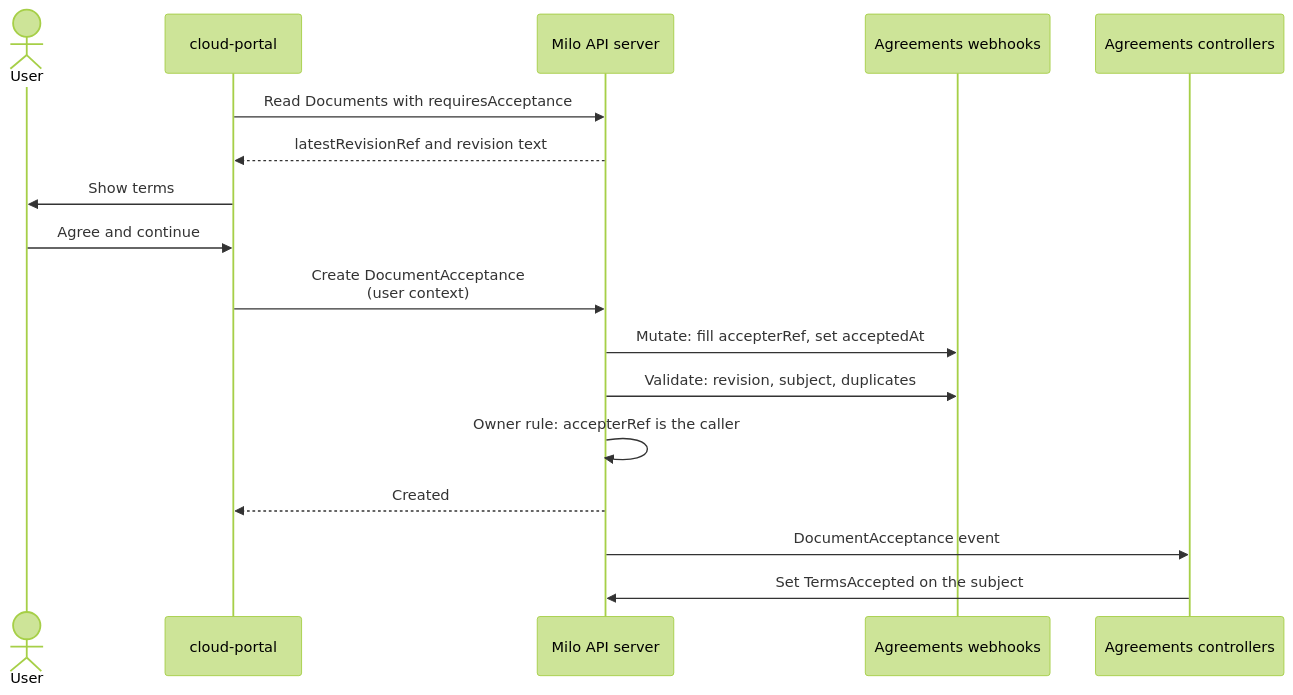
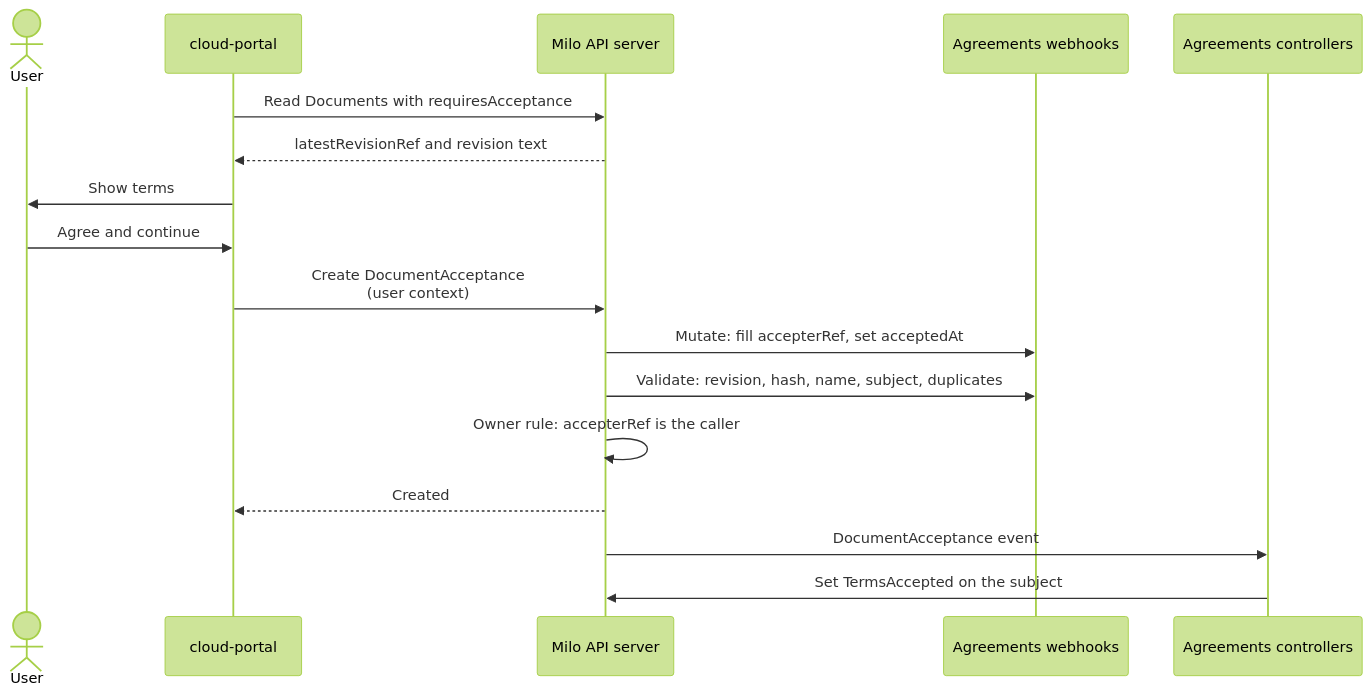
One commit to datum-cloud/enhancements changed the second of 2 diagrams in enhancements/platform/agreement/README.md. Above: the diagram before and after it, drawn with Mermaid (forest theme). The commit also changed other lines of this file, not shown here.

````diff
--- a/enhancements/platform/agreement/README.md
+++ b/enhancements/platform/agreement/README.md
@@ -302,20 +355,20 @@
 ```mermaid
 sequenceDiagram
     actor user as User
     participant portal as cloud-portal
     participant api as Milo API server
     participant hooks as Agreements webhooks
     participant ctrl as Agreements controllers
 
     portal ->> api: Read Documents with requiresAcceptance
     api -->> portal: latestRevisionRef and revision text
     portal ->> user: Show terms
     user ->> portal: Agree and continue
     portal ->> api: Create DocumentAcceptance<br/>(user context)
     api ->> hooks: Mutate: fill accepterRef, set acceptedAt
-    api ->> hooks: Validate: revision, subject, duplicates
+    api ->> hooks: Validate: revision, hash, name, subject, duplicates
     api ->> api: Owner rule: accepterRef is the caller
     api -->> portal: Created
     api ->> ctrl: DocumentAcceptance event
     ctrl ->> api: Set TermsAccepted on the subject
 ```
````
